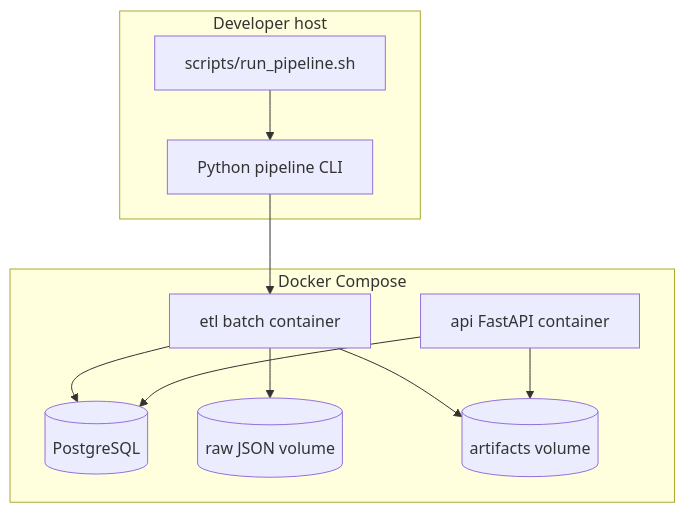
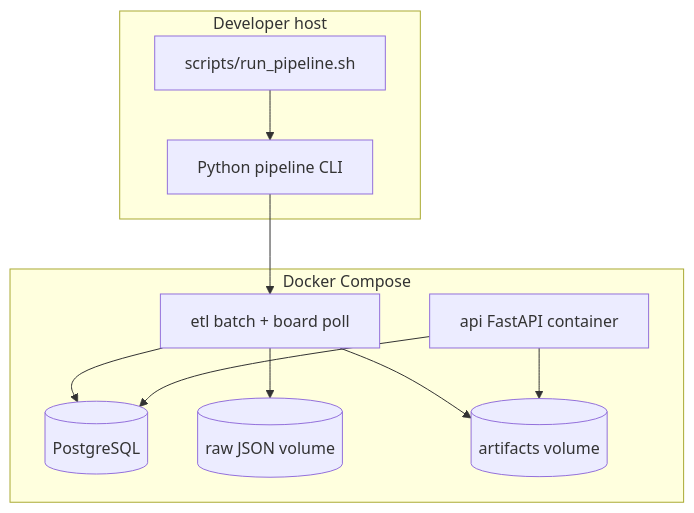
Before and after one commit to RoeeHadar/AthletIQ: the second of 4 diagrams in docs/04-architecture/system-architecture.md, drawn with Mermaid. The commit also changed other lines of this file and 84 other files, not shown here.

````diff
--- a/docs/04-architecture/system-architecture.md
+++ b/docs/04-architecture/system-architecture.md
@@ -47,21 +56,21 @@
 ```mermaid
 flowchart TB
   subgraph host [Developer host]
     Script[scripts/run_pipeline.sh]
     CLI[Python pipeline CLI]
   end
   subgraph compose [Docker Compose]
     PG[(PostgreSQL)]
-    ETL[etl batch container]
+    ETL[etl batch + board poll]
     API[api FastAPI container]
     RawVol[(raw JSON volume)]
     ArtVol[(artifacts volume)]
   end
   Script --> CLI
   CLI --> ETL
   ETL --> RawVol
   ETL --> PG
   ETL --> ArtVol
   API --> ArtVol
   API --> PG
 ```
````
